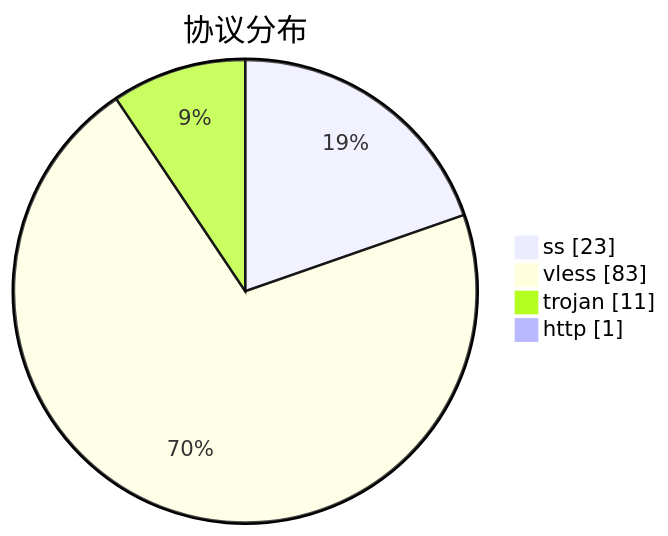
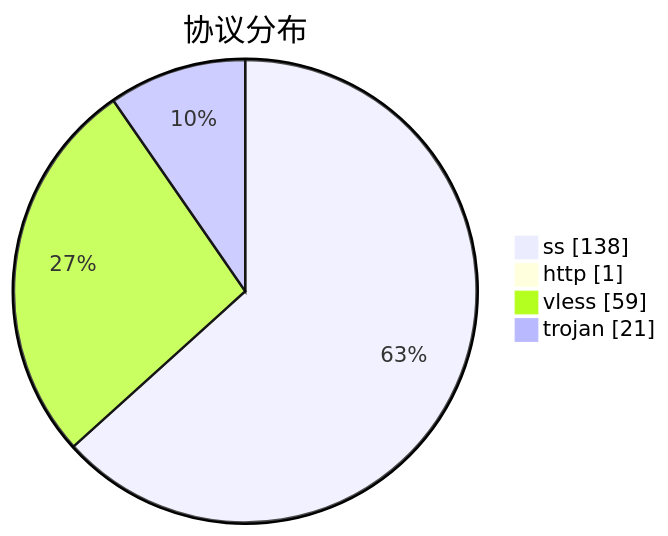
Before and after one commit to qjlxg/airport: the third of 3 diagrams in subs/statistics/tested_within.md, drawn with Mermaid. The commit also changed other lines of this file and 2 other files, not shown here.

````diff
--- a/subs/statistics/tested_within.md
+++ b/subs/statistics/tested_within.md
@@ -17,8 +17,8 @@
 ```mermaid
 pie showData
 title 协议分布
-"ss" : 23
-"vless" : 83
-"trojan" : 11
+"ss" : 138
 "http" : 1
+"vless" : 59
+"trojan" : 21
 ```
````
